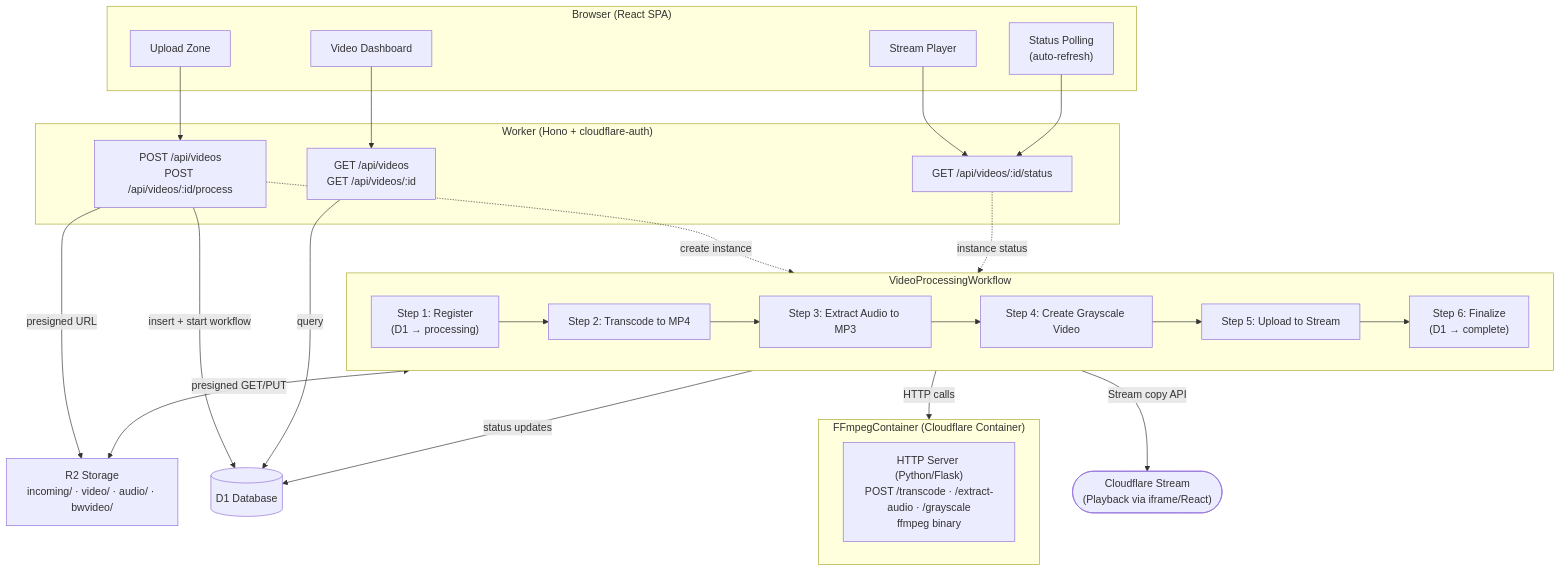
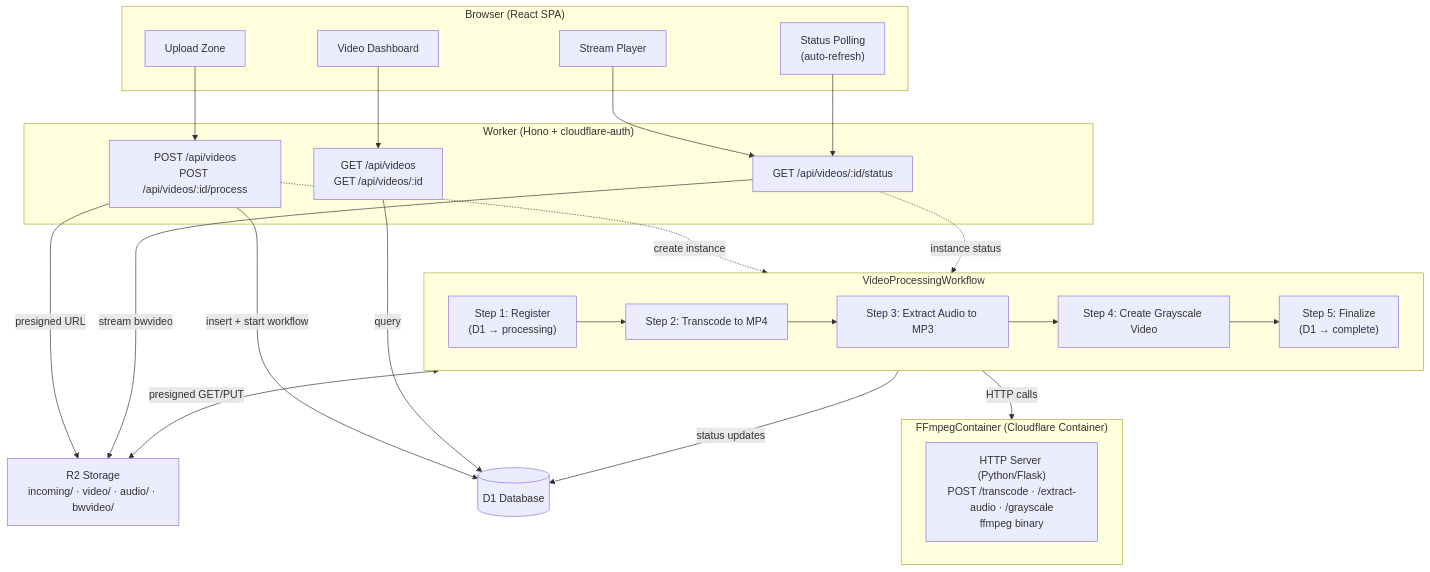
One commit to adrianhall/video-processing-pipeline changed the first of 2 diagrams in docs/PLAN.md. Above: the diagram before and after it, drawn with Mermaid. The commit also changed other lines of this file and 12 other files, not shown here.

First line of the commit message:
feat(issue-18): replace Cloudflare Stream with direct R2 playback

````diff
--- a/docs/PLAN.md
+++ b/docs/PLAN.md
@@ -11,50 +11,47 @@
 ```mermaid
 flowchart TB
     subgraph Browser["Browser (React SPA)"]
         UZ["Upload Zone"]
         VD["Video Dashboard"]
         SP["Stream Player"]
         Poll["Status Polling<br/>(auto-refresh)"]
     end
 
     subgraph Worker["Worker (Hono + cloudflare-auth)"]
         EP1["POST /api/videos<br/>POST /api/videos/:id/process"]
         EP2["GET /api/videos<br/>GET /api/videos/:id"]
         EP3["GET /api/videos/:id/status"]
     end
 
     D1[(D1 Database)]
     R2["R2 Storage<br/>incoming/ · video/ · audio/ · bwvideo/"]
 
     subgraph WF["VideoProcessingWorkflow"]
         S1["Step 1: Register<br/>(D1 → processing)"]
         S2["Step 2: Transcode to MP4"]
         S3["Step 3: Extract Audio to MP3"]
         S4["Step 4: Create Grayscale Video"]
-        S5["Step 5: Upload to Stream"]
-        S6["Step 6: Finalize<br/>(D1 → complete)"]
-        S1 --> S2 --> S3 --> S4 --> S5 --> S6
+        S5["Step 5: Finalize<br/>(D1 → complete)"]
+        S1 --> S2 --> S3 --> S4 --> S5
     end
 
     subgraph CT["FFmpegContainer (Cloudflare Container)"]
         HS["HTTP Server (Python/Flask)<br/>POST /transcode · /extract-audio · /grayscale<br/>ffmpeg binary"]
     end
-
-    ST(["Cloudflare Stream<br/>(Playback via iframe/React)"])
 
     UZ --> EP1
     VD --> EP2
     SP --> EP3
     Poll --> EP3
 
     EP1 -->|"presigned URL"| R2
     EP1 -->|"insert + start workflow"| D1
     EP1 -.->|"create instance"| WF
     EP2 -->|"query"| D1
     EP3 -.->|"instance status"| WF
 
     WF <-->|"presigned GET/PUT"| R2
     WF -->|"HTTP calls"| CT
-    WF -->|"Stream copy API"| ST
     WF -->|"status updates"| D1
+    EP3 -->|"stream bwvideo"| R2
 ```
````
